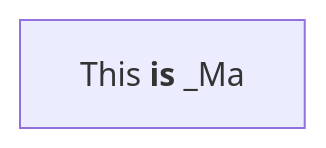
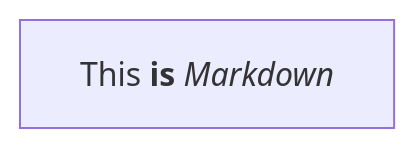
One commit to Thomey3/iodraw-files changed the diagram in all/未命名.md. Above: the diagram before and after it, drawn with Mermaid.

Commit message:
2024-09-07 10:00:45 update

````diff
--- a/all/未命名.md
+++ b/all/未命名.md
@@ -1,4 +1,6 @@
 ```mermaid
+%%{init: {"flowchart": {"htmlLabels": false}} }%%
 flowchart LR
-    markdown["`This **is** _Ma`"]
+    markdown["`This **is** _Markdown_`"]
+
 ```
````
